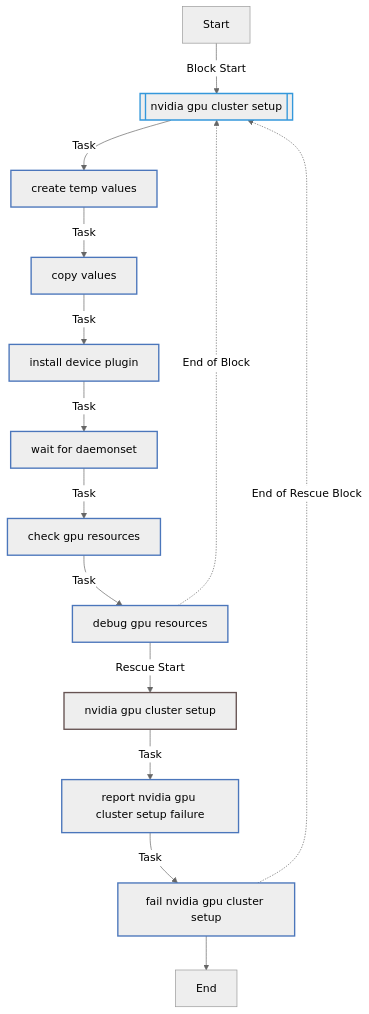
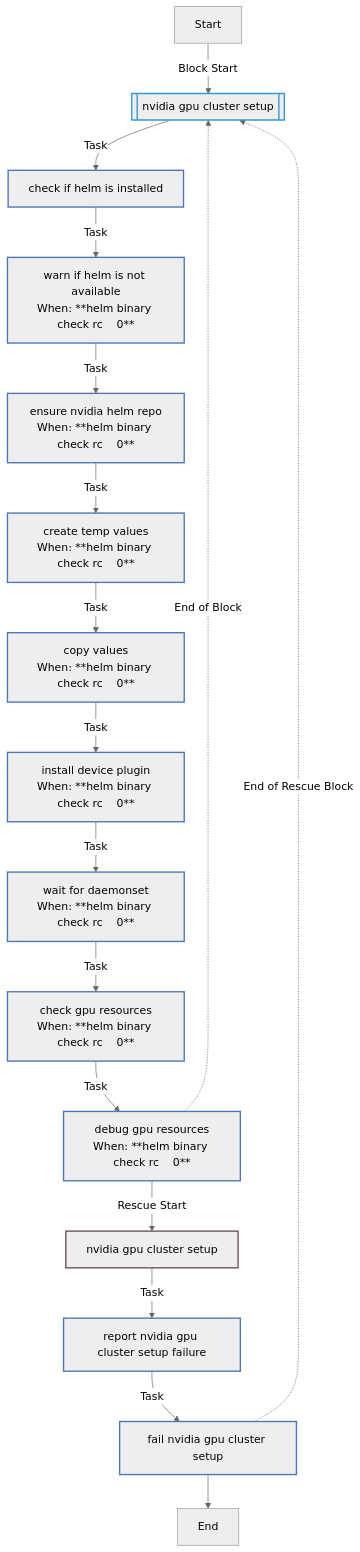
Before and after one commit to rou-cru/k3s-homelab: the first of 3 diagrams in roles/nvidia_gpu/README.md, drawn with Mermaid (neutral theme). The commit also changed other lines of this file and 116 other files, not shown here.

````diff
--- a/roles/nvidia_gpu/README.md
+++ b/roles/nvidia_gpu/README.md
@@ -264,26 +266,29 @@
 ```mermaid
 flowchart TD
 Start
 classDef block stroke:#3498db,stroke-width:2px;
 classDef task stroke:#4b76bb,stroke-width:2px;
 classDef includeTasks stroke:#16a085,stroke-width:2px;
 classDef importTasks stroke:#34495e,stroke-width:2px;
 classDef includeRole stroke:#2980b9,stroke-width:2px;
 classDef importRole stroke:#699ba7,stroke-width:2px;
 classDef includeVars stroke:#8e44ad,stroke-width:2px;
 classDef rescue stroke:#665352,stroke-width:2px;
 
   Start-->|Block Start| NVIDIA_GPU_cluster_setup0_block_start_0[[nvidia gpu cluster setup]]:::block
-  NVIDIA_GPU_cluster_setup0_block_start_0-->|Task| Create_temp_values0[create temp values]:::task
-  Create_temp_values0-->|Task| Copy_values1[copy values]:::task
-  Copy_values1-->|Task| Install_device_plugin2[install device plugin]:::task
-  Install_device_plugin2-->|Task| Wait_for_daemonset3[wait for daemonset]:::task
-  Wait_for_daemonset3-->|Task| Check_GPU_resources4[check gpu resources]:::task
-  Check_GPU_resources4-->|Task| Debug_GPU_resources5[debug gpu resources]:::task
-  Debug_GPU_resources5-.->|End of Block| NVIDIA_GPU_cluster_setup0_block_start_0
-  Debug_GPU_resources5-->|Rescue Start| NVIDIA_GPU_cluster_setup0_rescue_start_0[nvidia gpu cluster setup]:::rescue
+  NVIDIA_GPU_cluster_setup0_block_start_0-->|Task| Check_if_Helm_is_installed0[check if helm is installed]:::task
+  Check_if_Helm_is_installed0-->|Task| Warn_if_Helm_is_not_available1[warn if helm is not available<br>When: **helm binary check rc    0**]:::task
+  Warn_if_Helm_is_not_available1-->|Task| Ensure_NVIDIA_Helm_repo2[ensure nvidia helm repo<br>When: **helm binary check rc    0**]:::task
+  Ensure_NVIDIA_Helm_repo2-->|Task| Create_temp_values3[create temp values<br>When: **helm binary check rc    0**]:::task
+  Create_temp_values3-->|Task| Copy_values4[copy values<br>When: **helm binary check rc    0**]:::task
+  Copy_values4-->|Task| Install_device_plugin5[install device plugin<br>When: **helm binary check rc    0**]:::task
+  Install_device_plugin5-->|Task| Wait_for_daemonset6[wait for daemonset<br>When: **helm binary check rc    0**]:::task
+  Wait_for_daemonset6-->|Task| Check_GPU_resources7[check gpu resources<br>When: **helm binary check rc    0**]:::task
+  Check_GPU_resources7-->|Task| Debug_GPU_resources8[debug gpu resources<br>When: **helm binary check rc    0**]:::task
+  Debug_GPU_resources8-.->|End of Block| NVIDIA_GPU_cluster_setup0_block_start_0
+  Debug_GPU_resources8-->|Rescue Start| NVIDIA_GPU_cluster_setup0_rescue_start_0[nvidia gpu cluster setup]:::rescue
   NVIDIA_GPU_cluster_setup0_rescue_start_0-->|Task| Report_NVIDIA_GPU_cluster_setup_failure0[report nvidia gpu cluster setup failure]:::task
   Report_NVIDIA_GPU_cluster_setup_failure0-->|Task| Fail_NVIDIA_GPU_cluster_setup1[fail nvidia gpu cluster setup]:::task
   Fail_NVIDIA_GPU_cluster_setup1-.->|End of Rescue Block| NVIDIA_GPU_cluster_setup0_block_start_0
   Fail_NVIDIA_GPU_cluster_setup1-->End
 ```
````
